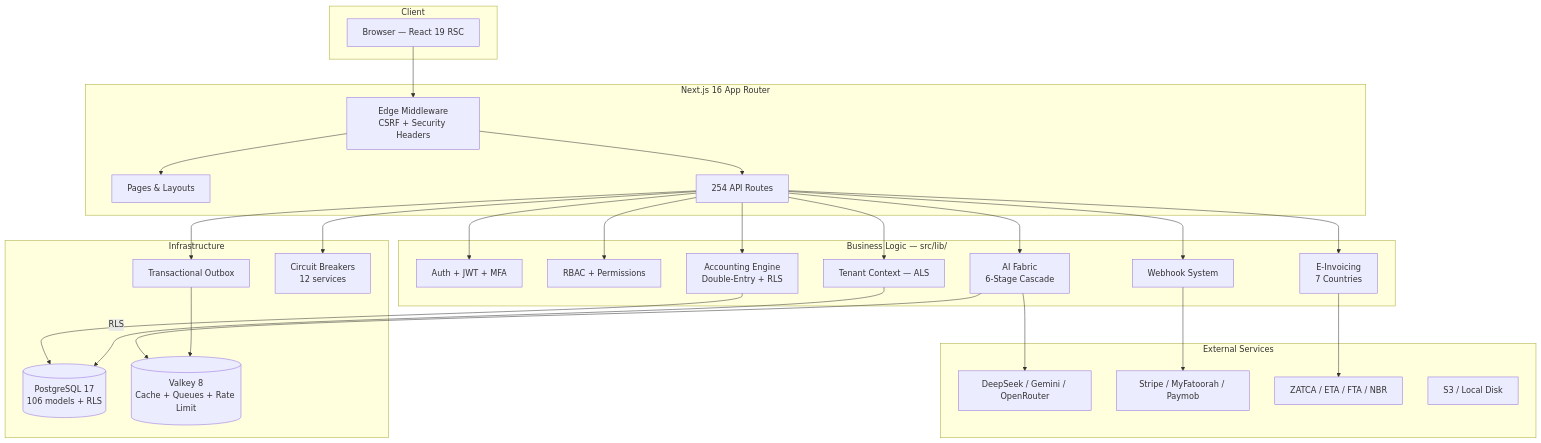
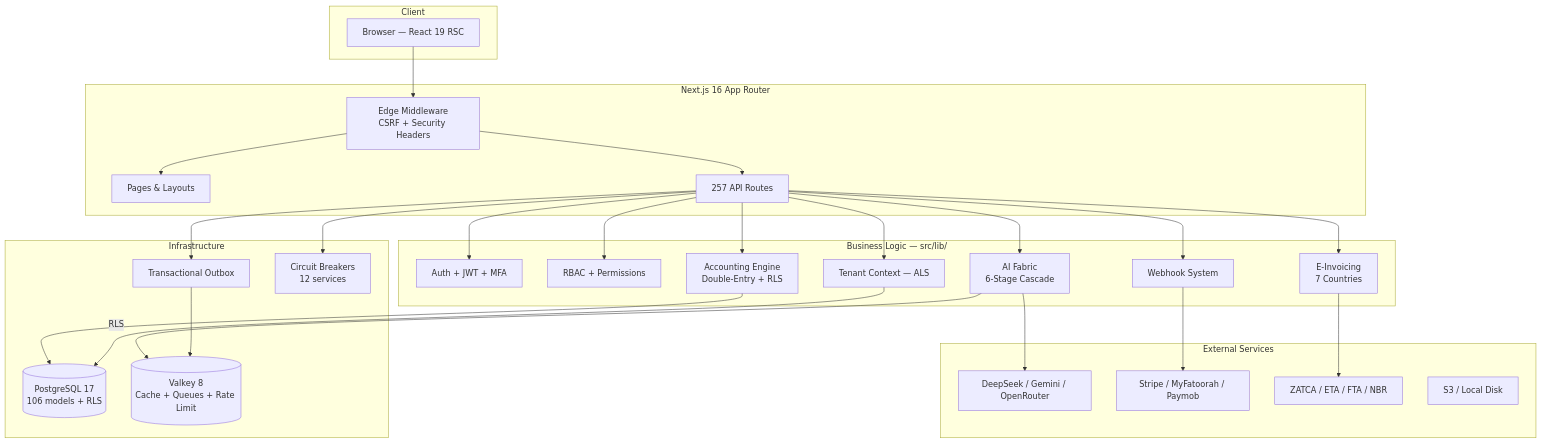
Before and after one commit to ahmedezzatelsayad/Garfix: the first of 3 diagrams in README.md, drawn with Mermaid. The commit also changed other lines of this file and 6 other files, not shown here.

````diff
--- a/README.md
+++ b/README.md
@@ -35,49 +50,49 @@
 ```mermaid
 graph TB
     subgraph "Client"
         Browser[Browser — React 19 RSC]
     end
 
     subgraph "Next.js 16 App Router"
         MW[Edge Middleware<br/>CSRF + Security Headers]
         Pages[Pages & Layouts]
-        API[254 API Routes]
+        API[257 API Routes]
     end
 
     subgraph "Business Logic — src/lib/"
         Auth[Auth + JWT + MFA]
         RBAC[RBAC + Permissions]
         Tenant[Tenant Context — ALS]
         Acct[Accounting Engine<br/>Double-Entry + RLS]
         AIFab[AI Fabric<br/>6-Stage Cascade]
         EInv[E-Invoicing<br/>7 Countries]
         Webhook[Webhook System]
     end
 
     subgraph "Infrastructure"
         DB[(PostgreSQL 17<br/>106 models + RLS)]
         Valkey[(Valkey 8<br/>Cache + Queues + Rate Limit)]
         Outbox[Transactional Outbox]
         Breakers[Circuit Breakers<br/>12 services]
     end
 
     subgraph "External Services"
         LLM[DeepSeek / Gemini / OpenRouter]
         Pay[Stripe / MyFatoorah / Paymob]
         Gov[ZATCA / ETA / FTA / NBR]
         Storage[S3 / Local Disk]
     end
 
     Browser --> MW --> Pages
     MW --> API
     API --> Auth & RBAC & Tenant
     API --> Acct & AIFab & EInv & Webhook
     Acct --> DB
     AIFab --> LLM
     AIFab --> Valkey
     EInv --> Gov
     Webhook --> Pay
     Tenant -->|RLS| DB
     API --> Outbox --> Valkey
     API --> Breakers
 ```
````
